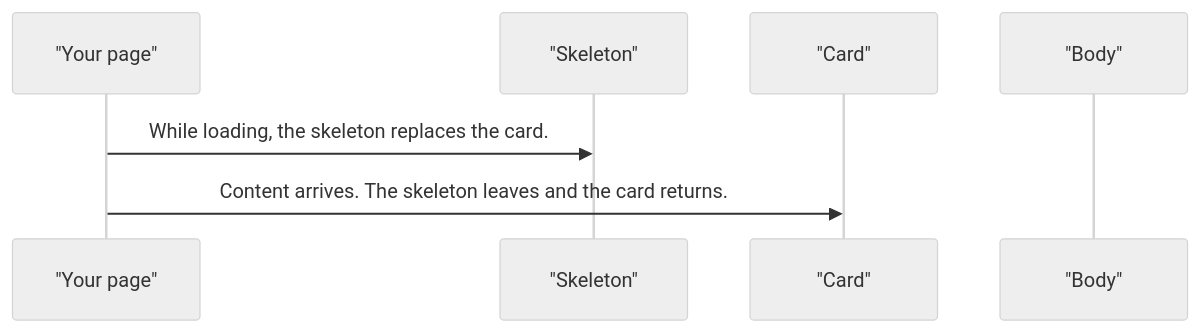
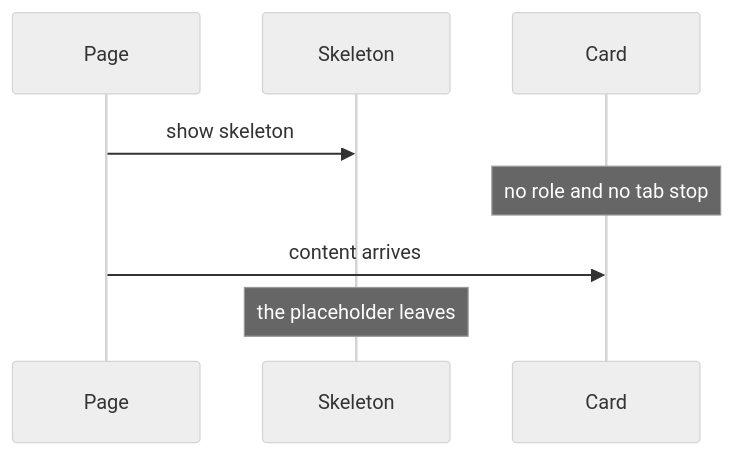
The fifth of 5 diagrams in projects/pixel-ui/src/lib/pixel-card/DESIGN.md (RajshekharBorate/pixel-ui), drawn with Mermaid (neutral theme) before and after one commit. The commit also changed other lines of this file and 73 other files, not shown here.

Commit message:
Explain who owns each value and what each flow does in every component and service design.

````diff
--- a/projects/pixel-ui/src/lib/pixel-card/DESIGN.md
+++ b/projects/pixel-ui/src/lib/pixel-card/DESIGN.md
@@ -94,9 +121,10 @@
 ```mermaid
 sequenceDiagram
-  participant page as "Your page"
-  participant skeleton as "Skeleton"
-  participant card as "Card"
-  participant body as "Body"
-  page->>skeleton: While loading, the skeleton replaces the card.
-  page->>card: Content arrives. The skeleton leaves and the card returns.
+  participant Page
+  participant Skeleton
+  participant Card
+  Page->>Skeleton: show skeleton
+  Note over Card: no role and no tab stop
+  Page->>Card: content arrives
+  Note over Skeleton: the placeholder leaves
 ```
````
